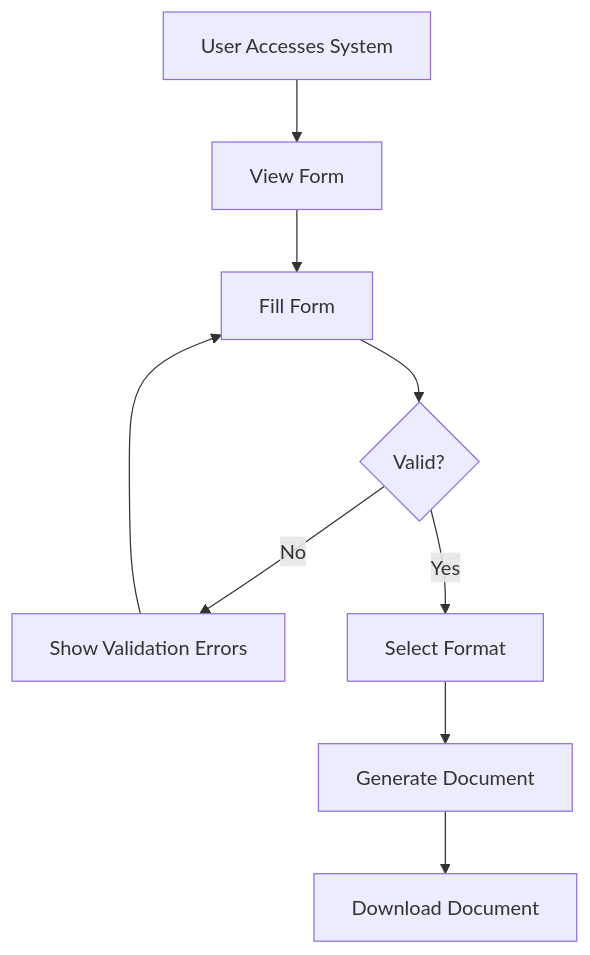
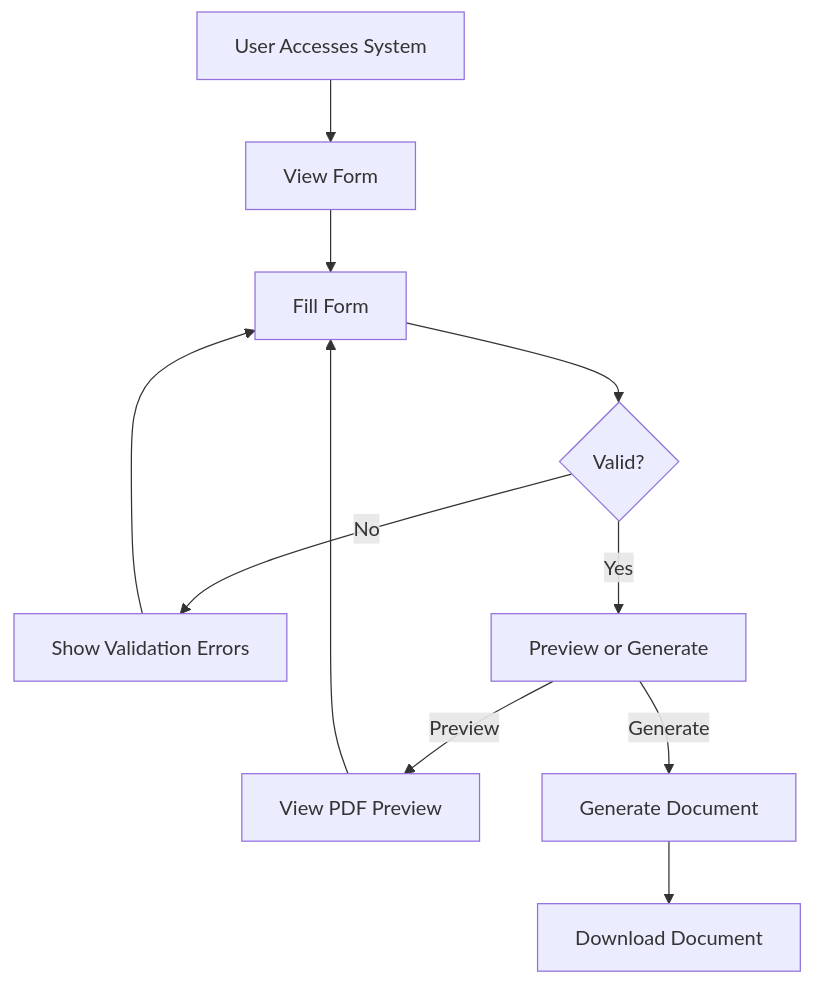
The second of 2 diagrams in .kiro/specs/procurement-document-generator/design.md (Kowit123/procurementForm), drawn with Mermaid before and after one commit. The commit also changed other lines of this file and 3 other files, not shown here.

````diff
--- a/.kiro/specs/procurement-document-generator/design.md
+++ b/.kiro/specs/procurement-document-generator/design.md
@@ -212,11 +212,13 @@
 ```mermaid
 graph TD
     A[User Accesses System] --> B[View Form]
     B --> C[Fill Form]
     C --> D{Valid?}
     D -->|No| E[Show Validation Errors]
     E --> C
-    D -->|Yes| F[Select Format]
-    F --> G[Generate Document]
-    G --> H[Download Document]
+    D -->|Yes| F[Preview or Generate]
+    F -->|Preview| G[View PDF Preview]
+    G --> C
+    F -->|Generate| H[Generate Document]
+    H --> I[Download Document]
 ```
````
